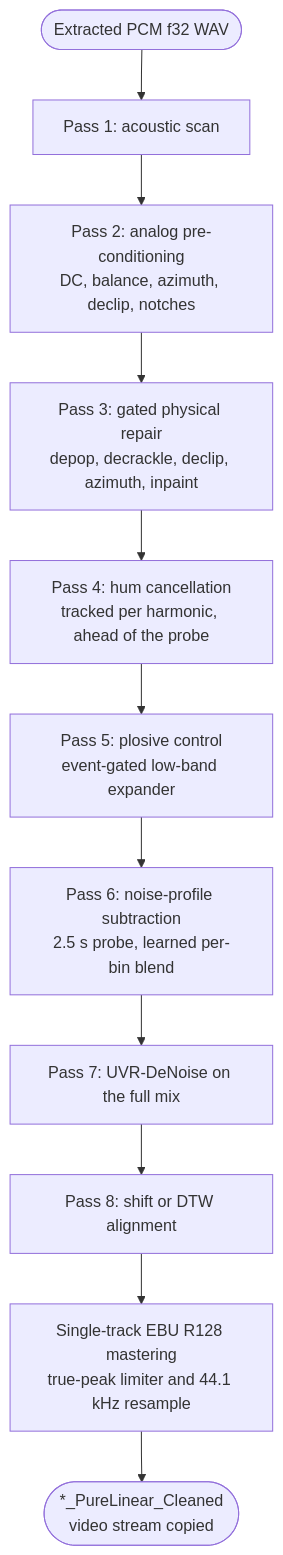
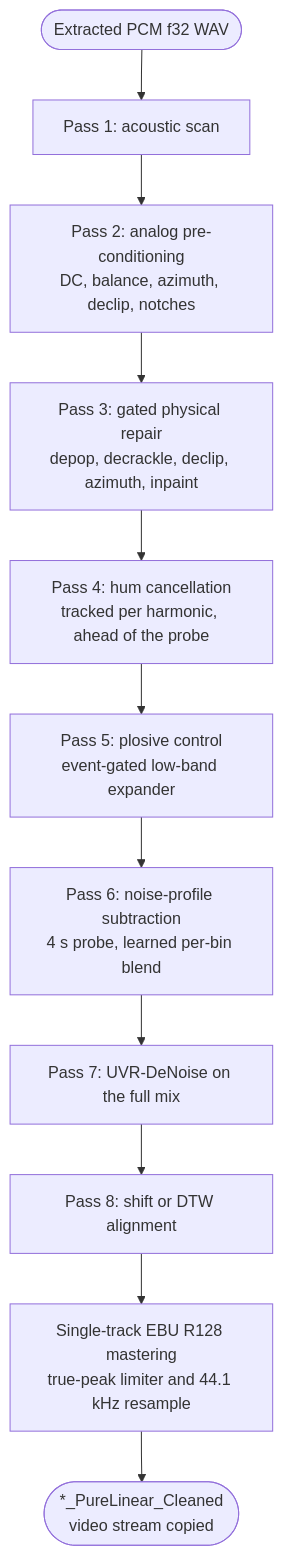
Before and after one commit to ventura8/AI-Hybrid-VHS-Audio-Restorer: the sixth of 13 diagrams in docs/architecture.md, drawn with Mermaid. The commit also changed 8 other files, not shown here.

First line of the commit message:
Lengthen this mode's noise probe to 4 s on full-corpus evidence

````diff
--- a/docs/architecture.md
+++ b/docs/architecture.md
@@ -246,13 +246,13 @@
 ```mermaid
 flowchart TD
     A(["Extracted PCM f32 WAV"]) --> S["Pass 1: acoustic scan"]
     S --> P["Pass 2: analog pre-conditioning\nDC, balance, azimuth, declip, notches"]
     P --> R["Pass 3: gated physical repair\ndepop, decrackle, declip, azimuth, inpaint"]
     R --> H["Pass 4: hum cancellation\ntracked per harmonic, ahead of the probe"]
     H --> B["Pass 5: plosive control\nevent-gated low-band expander"]
-    B --> N["Pass 6: noise-profile subtraction\n2.5 s probe, learned per-bin blend"]
+    B --> N["Pass 6: noise-profile subtraction\n4 s probe, learned per-bin blend"]
     N --> D["Pass 7: UVR-DeNoise on the full mix"]
     D --> Y["Pass 8: shift or DTW alignment"]
     Y --> M["Single-track EBU R128 mastering\ntrue-peak limiter and 44.1 kHz resample"]
     M --> O(["*_PureLinear_Cleaned\nvideo stream copied"])
 ```
````
